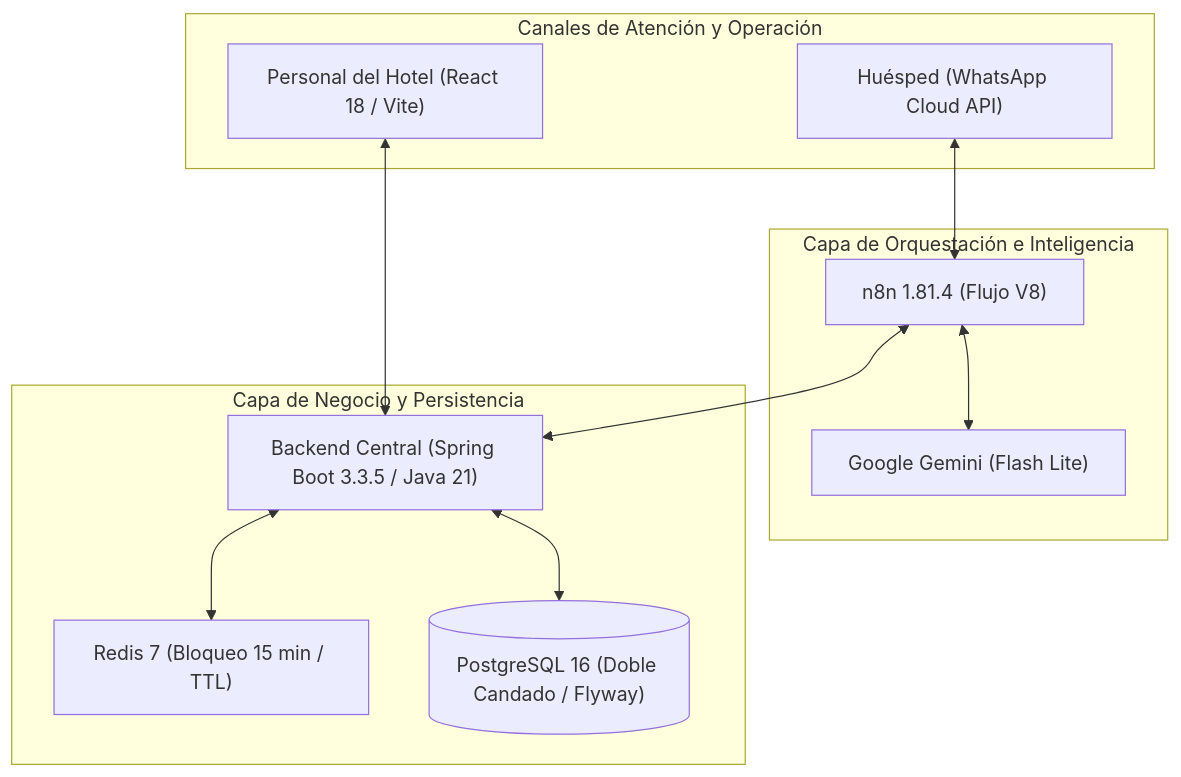
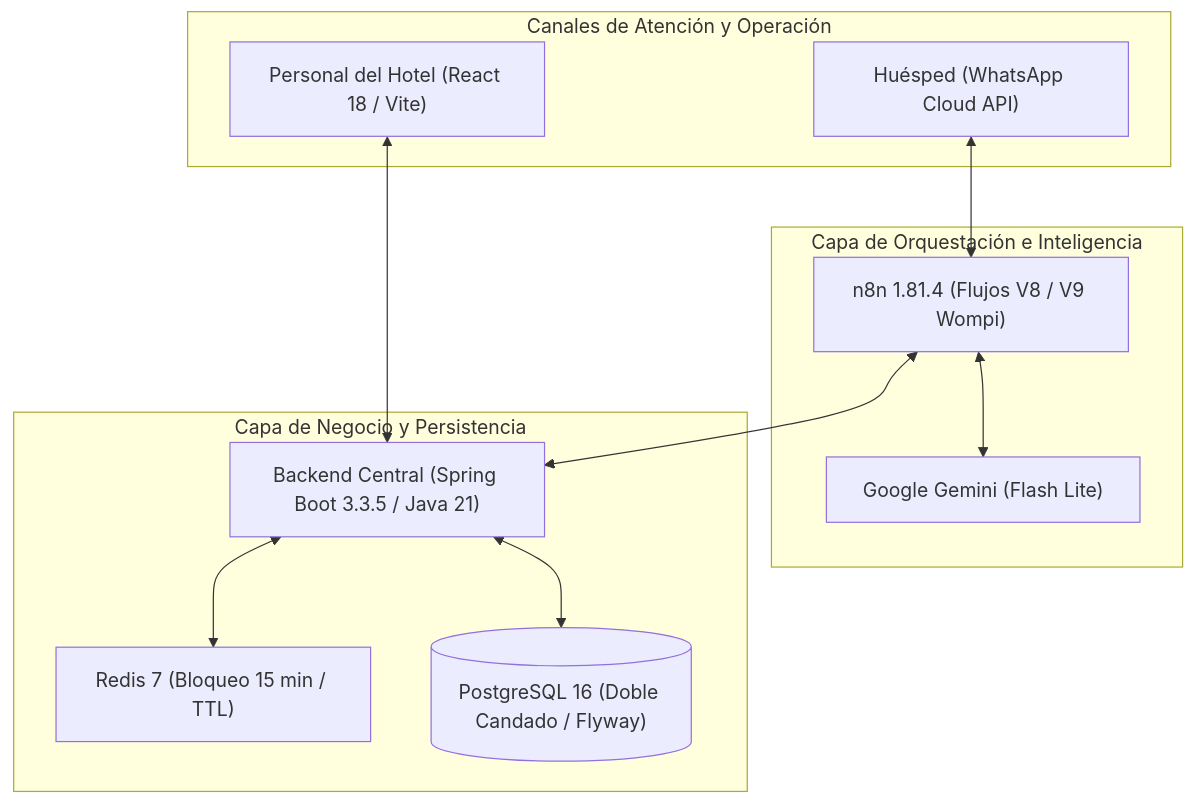
The diagram in README.md (JuanJarias/SatoriPMS), drawn with Mermaid before and after one commit. The commit also changed other lines of this file and 40 other files, not shown here.

Commit message:
feat(v9): consolidate chatbot V9 with Wompi, unified IA/manual flows, live Google reviews and updated tests

````diff
--- a/README.md
+++ b/README.md
@@ -82,25 +82,25 @@
 ```mermaid
 flowchart TB
     subgraph Canales["Canales de Atención y Operación"]
         WA["Huésped (WhatsApp Cloud API)"]
         WEB["Personal del Hotel (React 18 / Vite)"]
     end
 
     subgraph Orquestacion["Capa de Orquestación e Inteligencia"]
-        N8N["n8n 1.81.4 (Flujo V8)"]
+        N8N["n8n 1.81.4 (Flujos V8 / V9 Wompi)"]
         AI["Google Gemini (Flash Lite)"]
         N8N <--> AI
     end
 
     subgraph Backend["Capa de Negocio y Persistencia"]
         API["Backend Central (Spring Boot 3.3.5 / Java 21)"]
         REDIS["Redis 7 (Bloqueo 15 min / TTL)"]
         DB[("PostgreSQL 16 (Doble Candado / Flyway)")]
     end
 
     WA <--> N8N
     N8N <--> API
     WEB <--> API
     API <--> REDIS
     API <--> DB
 ```
````
